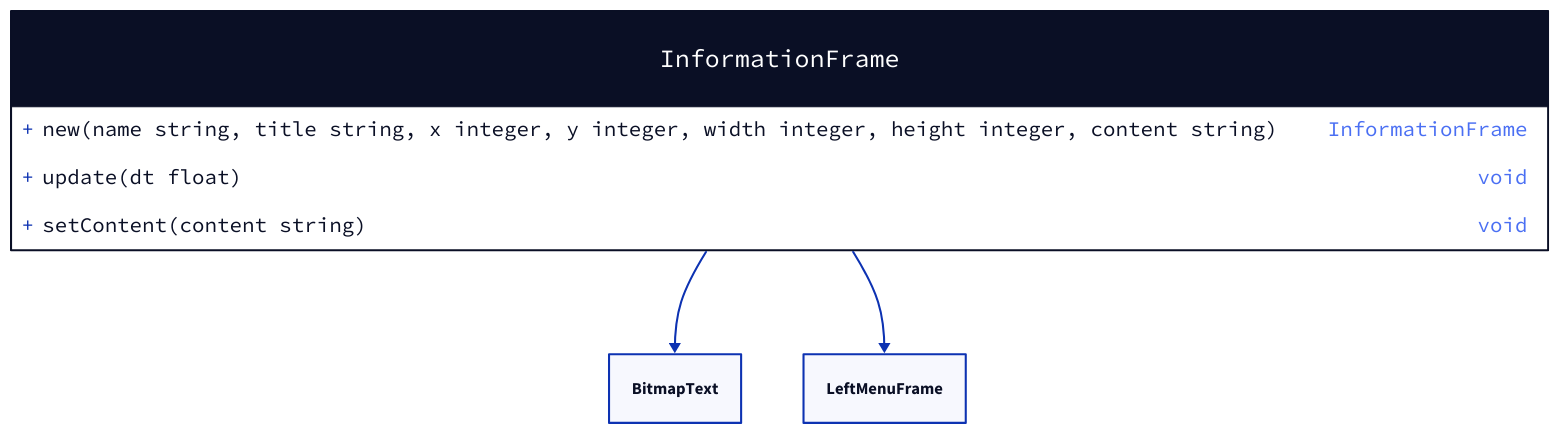
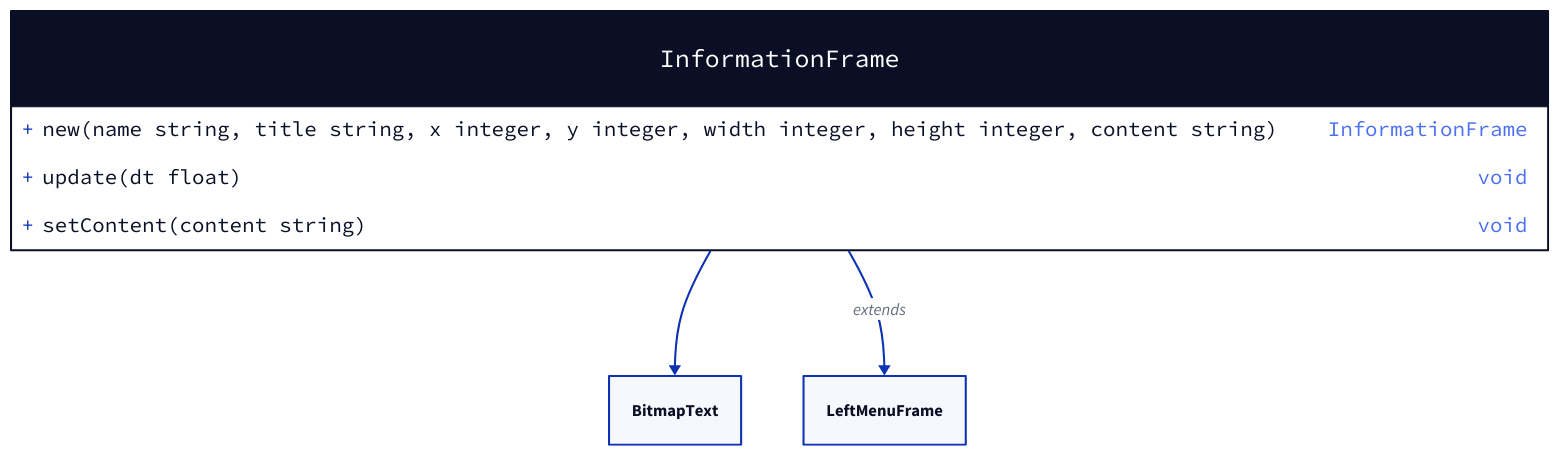
Before and after one commit to valcriss/gamingcampus-m1-lua-battletank: the diagram in docs/information-frame.d2, drawn with D2. The commit also changed 64 other files, not shown here.

```diff
--- a/docs/information-frame.d2
+++ b/docs/information-frame.d2
@@ -1,10 +1,10 @@
 InformationFrame: {
   shape: class
 
   +new(name string, title string, x integer, y integer, width integer, height integer, content string): InformationFrame
 
   update(dt float): void
   setContent(content string): void
 }
 InformationFrame -> BitmapText
-InformationFrame -> LeftMenuFrame
+InformationFrame -> LeftMenuFrame: extends
```
